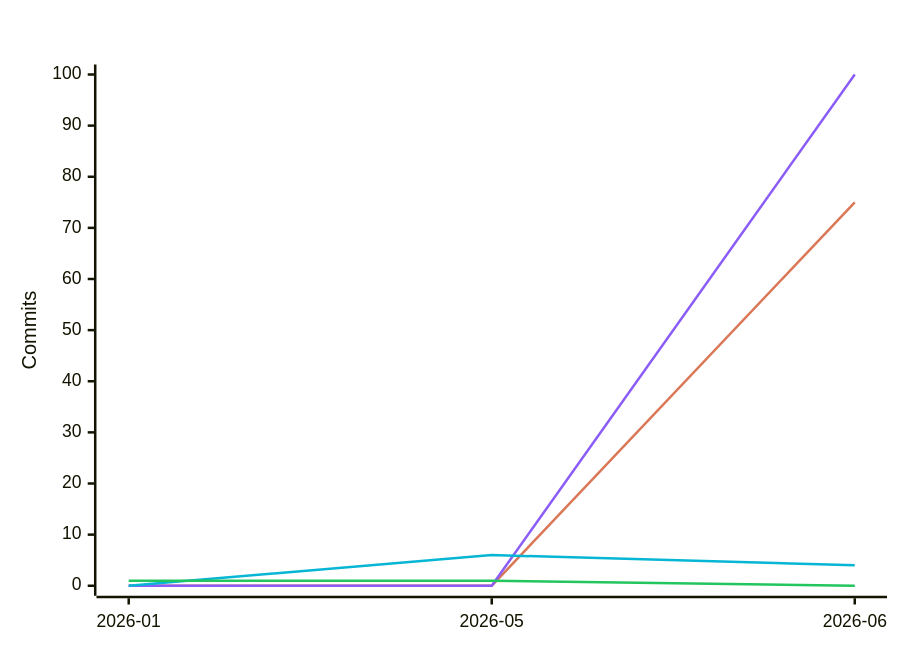
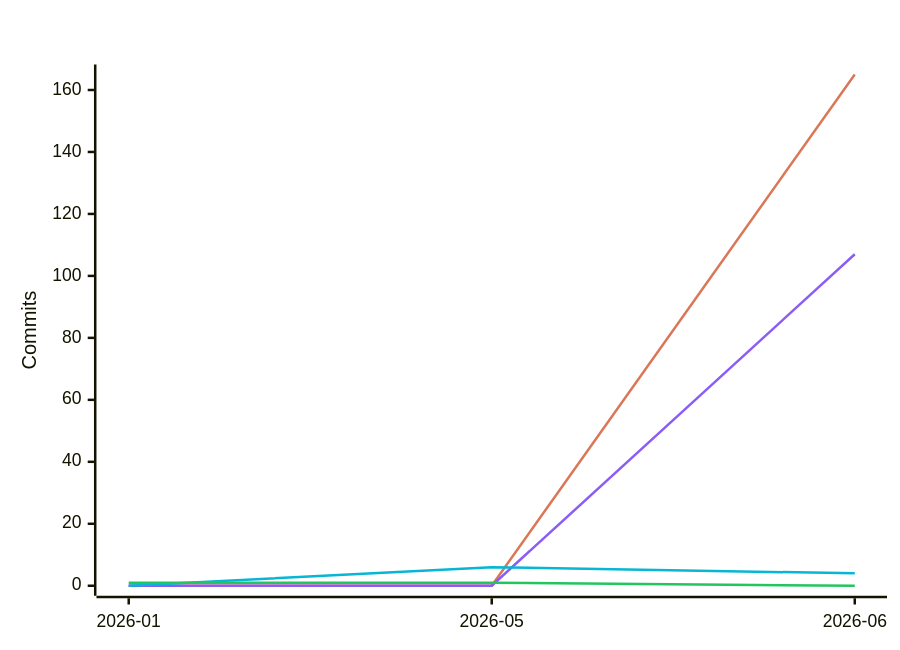
The fifth of 7 diagrams in README.md (polo-nyan/polo-nyan), drawn with Mermaid before and after one commit. The commit also changed other lines of this file and 1 other file, not shown here.

````diff
--- a/README.md
+++ b/README.md
@@ -265,11 +265,11 @@
 ```mermaid
 %%{init: {"xyChart": {"titleColor": "#ffffff", "xAxisLabelColor": "#ffffff", "yAxisLabelColor": "#ffffff"}, "themeVariables": {"xyChart": {"titleColor": "#ffffff", "plotColorPalette": "#d97757, #8b5cf6, #06b6d4, #22c55e, #f59e0b, #ec4899"}}}}%%
 xychart-beta
     title "Commits Per Month by Model Family"
     x-axis ["2026-01", "2026-05", "2026-06"]
     y-axis "Commits"
-    line [0, 0, 75]
-    line [0, 0, 100]
+    line [0, 0, 165]
+    line [0, 0, 107]
     line [0, 6, 4]
     line [1, 1, 0]
 ```
````
